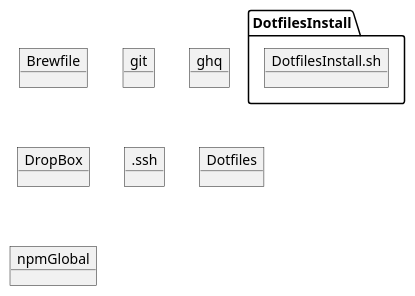
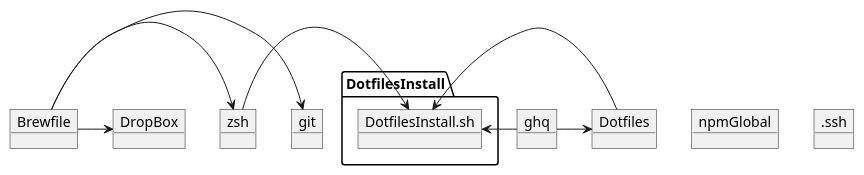
The diagram in dependency.pu (elzup/dotfiles), drawn with PlantUML before and after one commit.

```diff
--- a/dependency.pu
+++ b/dependency.pu
@@ -1,15 +1,26 @@
 @startuml
 
 object Brewfile
 
 object git
 object ghq
+object zsh
 
 object DropBox
-object .ssh
 
 object Dotfiles
 object DotfilesInstall.sh
 object npmGlobal
 
+object .ssh
+
+Brewfile->git
+Brewfile->zsh
+Brewfile->DropBox
+zsh->DotfilesInstall.sh
+ghq->Dotfiles
+
+ghq->DotfilesInstall.sh
+Dotfiles->DotfilesInstall.sh
+
 @enduml
```
